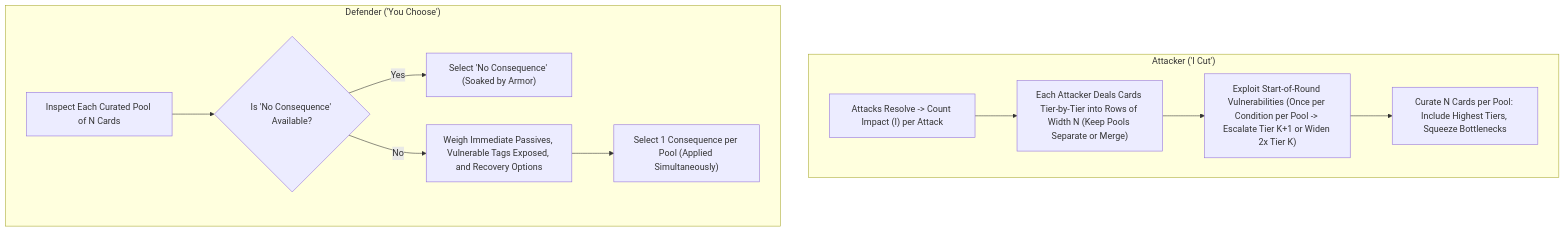
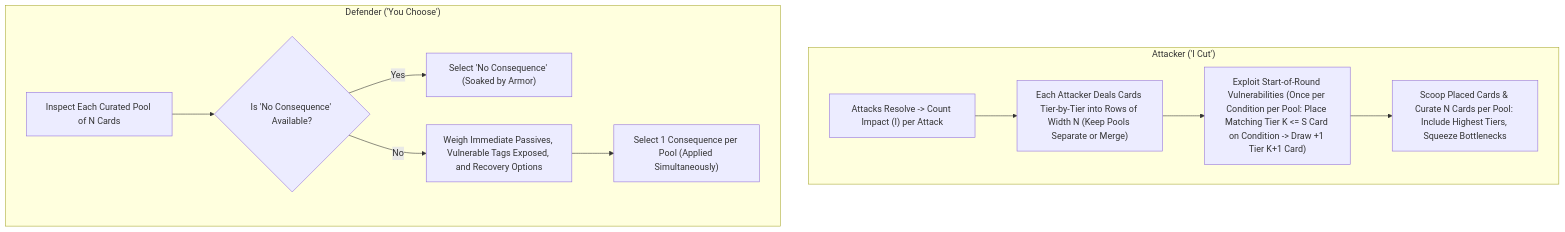
Before and after one commit to tdimiduk/cardpg: the diagram in design/iteration/resolution/candidates/consequence-pool-tag-escalation/players-guide-patch.md, drawn with Mermaid. The commit also changed other lines of this file and 8 other files, not shown here.

````diff
--- a/design/iteration/resolution/candidates/consequence-pool-tag-escalation/players-guide-patch.md
+++ b/design/iteration/resolution/candidates/consequence-pool-tag-escalation/players-guide-patch.md
@@ -116,15 +114,15 @@
 ```mermaid
 flowchart TD
     subgraph Attacker Decision ["Attacker ('I Cut')"]
         A1["Attacks Resolve -> Count Impact (I) per Attack"] --> A2["Each Attacker Deals Cards Tier-by-Tier into Rows of Width N (Keep Pools Separate or Merge)"]
-        A2 --> A3["Exploit Start-of-Round Vulnerabilities (Once per Condition per Pool -> Escalate Tier K+1 or Widen 2x Tier K)"]
-        A3 --> A4["Curate N Cards per Pool: Include Highest Tiers, Squeeze Bottlenecks"]
+        A2 --> A3["Exploit Start-of-Round Vulnerabilities (Once per Condition per Pool: Place Matching Tier K <= S Card on Condition -> Draw +1 Tier K+1 Card)"]
+        A3 --> A4["Scoop Placed Cards & Curate N Cards per Pool: Include Highest Tiers, Squeeze Bottlenecks"]
     end
 
     subgraph Defender Decision ["Defender ('You Choose')"]
         D1["Inspect Each Curated Pool of N Cards"] --> D2{"Is 'No Consequence' Available?"}
         D2 -- Yes --> D3["Select 'No Consequence' (Soaked by Armor)"]
         D2 -- No --> D4["Weigh Immediate Passives, Vulnerable Tags Exposed, and Recovery Options"]
         D4 --> D5["Select 1 Consequence per Pool (Applied Simultaneously)"]
     end
 ```
````
